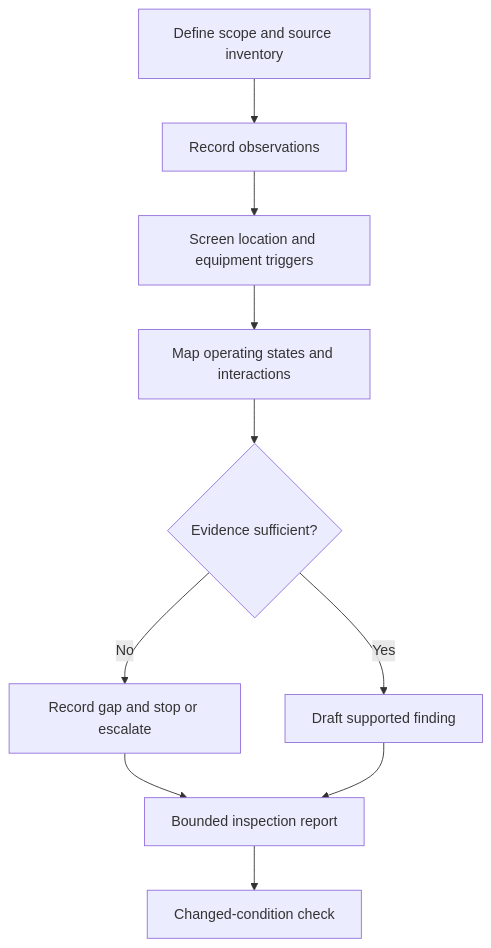
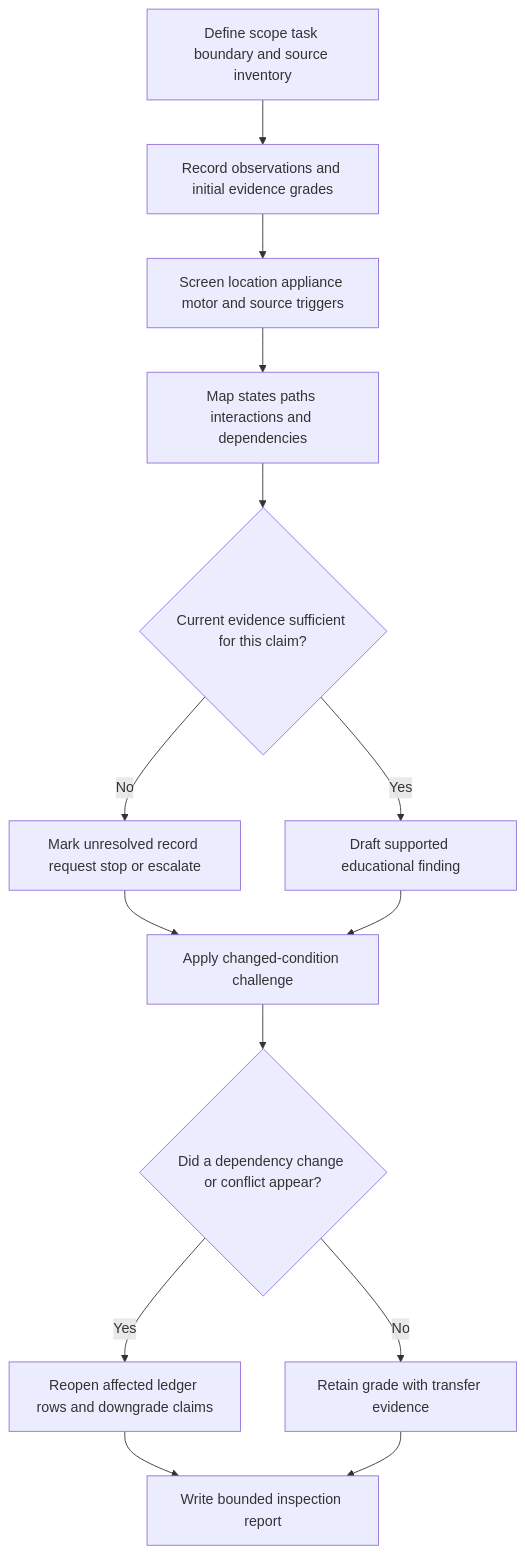
The diagram in docs/learning-plans/6-week/modules/day-35-week-5-integrated-installation-inspection.md (andrew3stedall/capstone), drawn with Mermaid before and after one commit. The commit also changed other lines of this file and 4 other files, not shown here.

````diff
--- a/docs/learning-plans/6-week/modules/day-35-week-5-integrated-installation-inspection.md
+++ b/docs/learning-plans/6-week/modules/day-35-week-5-integrated-installation-inspection.md
@@ -52,12 +95,16 @@
 ```mermaid
 flowchart TD
-    A[Define scope and source inventory] --> B[Record observations]
-    B --> C[Screen location and equipment triggers]
-    C --> D[Map operating states and interactions]
-    D --> E{Evidence sufficient?}
-    E -->|No| F[Record gap and stop or escalate]
-    E -->|Yes| G[Draft supported finding]
-    F --> H[Bounded inspection report]
+    A[Define scope task boundary and source inventory] --> B[Record observations and initial evidence grades]
+    B --> C[Screen location appliance motor and source triggers]
+    C --> D[Map states paths interactions and dependencies]
+    D --> E{Current evidence sufficient for this claim?}
+    E -->|No| F[Mark unresolved record request stop or escalate]
+    E -->|Yes| G[Draft supported educational finding]
+    F --> H[Apply changed-condition challenge]
     G --> H
-    H --> I[Changed-condition check]
+    H --> I{Did a dependency change or conflict appear?}
+    I -->|Yes| J[Reopen affected ledger rows and downgrade claims]
+    I -->|No| K[Retain grade with transfer evidence]
+    J --> L[Write bounded inspection report]
+    K --> L
 ```
````
